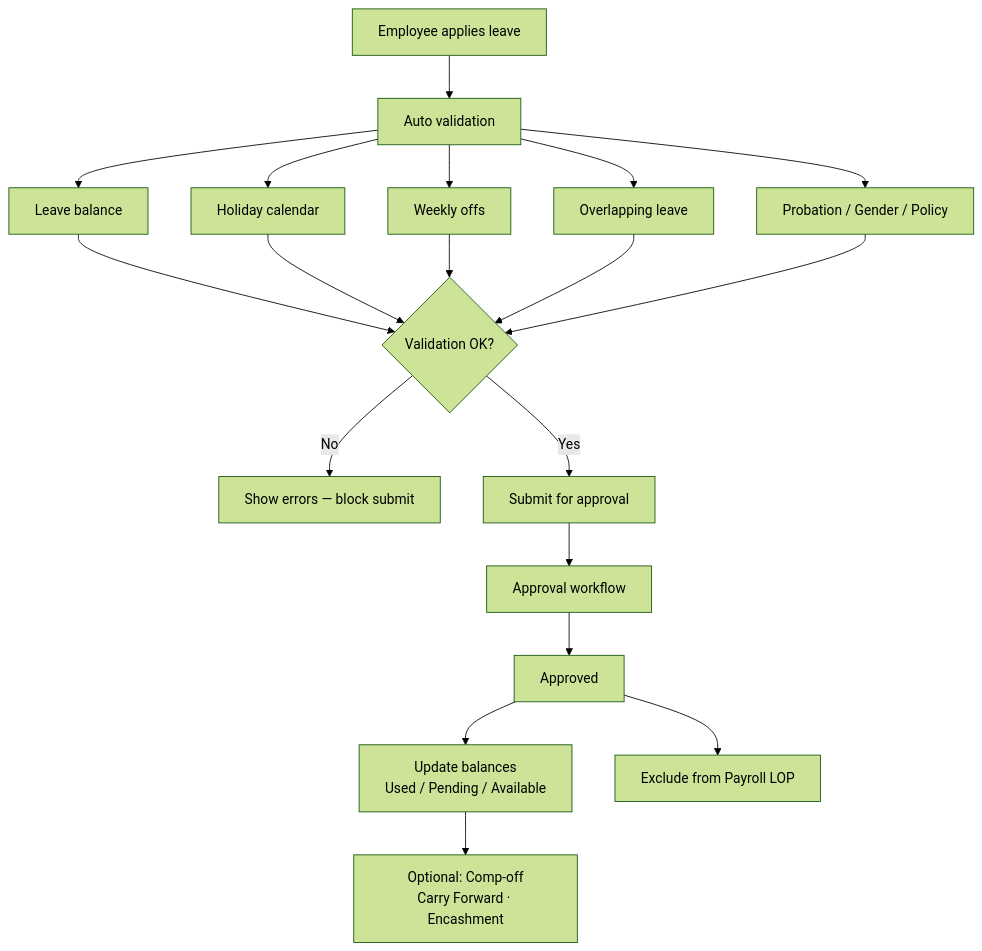
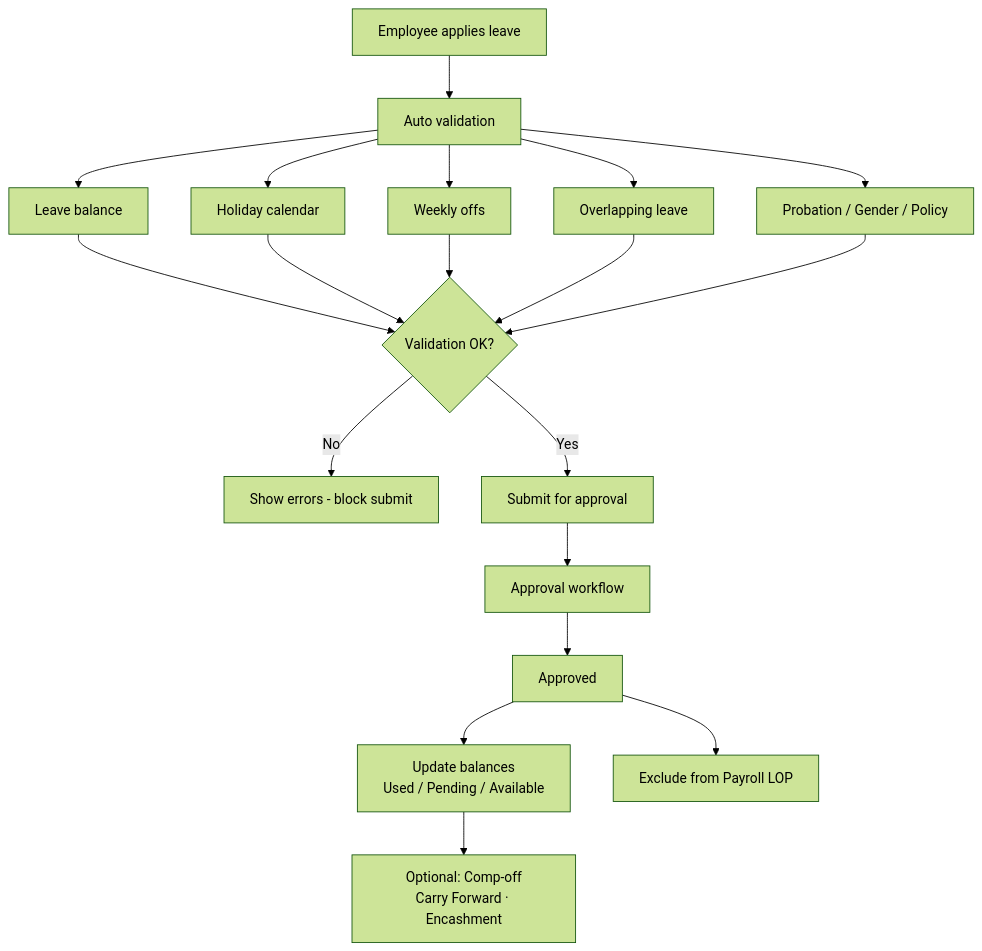
Before and after one commit to Moksh-CacheDigitech/iConnectPlus: the seventh of 15 diagrams in docs/01_BRD/FLOW-HRMS-Payroll-Diagrams-v1.0.md, drawn with Mermaid (forest theme). The commit also changed other lines of this file and 1361 other files, not shown here.

````diff
--- a/docs/01_BRD/FLOW-HRMS-Payroll-Diagrams-v1.0.md
+++ b/docs/01_BRD/FLOW-HRMS-Payroll-Diagrams-v1.0.md
@@ -282,21 +282,21 @@
 ```mermaid
 flowchart TD
   A[Employee applies leave] --> B[Auto validation]
   B --> B1[Leave balance]
   B --> B2[Holiday calendar]
   B --> B3[Weekly offs]
   B --> B4[Overlapping leave]
   B --> B5[Probation / Gender / Policy]
   B1 --> C{Validation OK?}
   B2 --> C
   B3 --> C
   B4 --> C
   B5 --> C
-  C -->|No| D[Show errors — block submit]
+  C -->|No| D[Show errors - block submit]
   C -->|Yes| E[Submit for approval]
   E --> F[Approval workflow]
   F --> G[Approved]
   G --> H[Update balances<br/>Used / Pending / Available]
   H --> I[Optional: Comp-off<br/>Carry Forward · Encashment]
   G --> J[Exclude from Payroll LOP]
 ```
````
